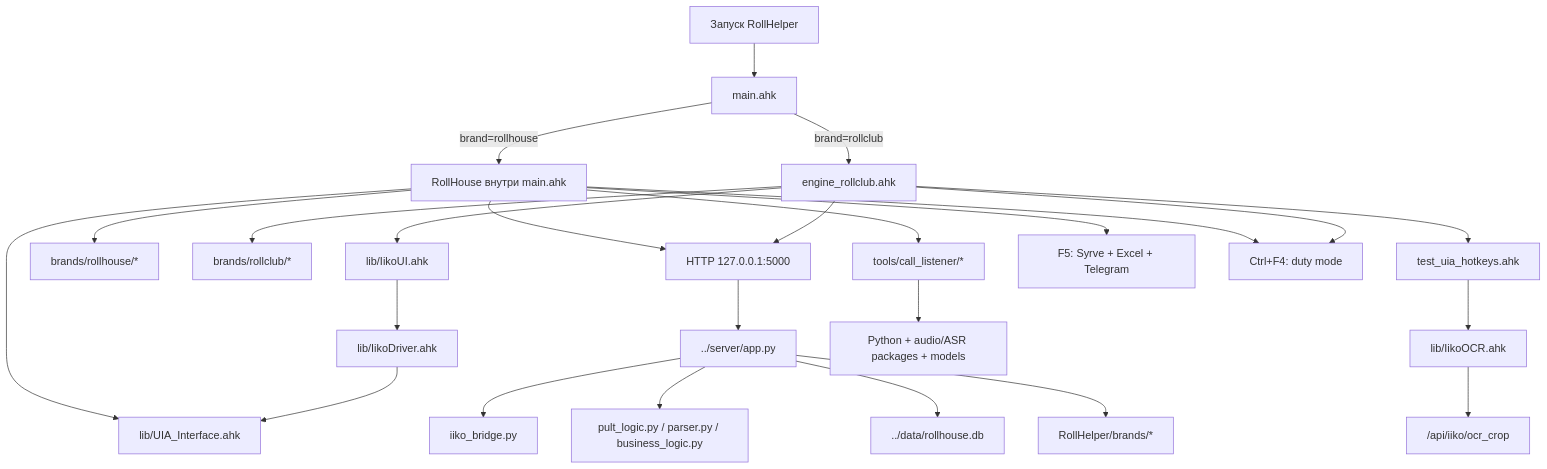
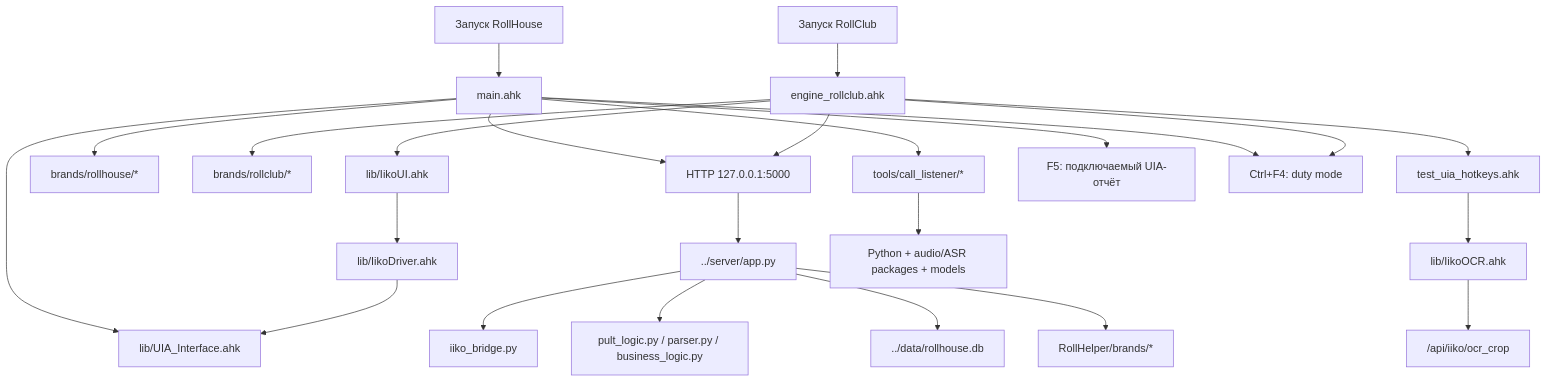
Before and after one commit to voffkazxc/RollHelper: the diagram in docs/ARCHITECTURE_DECOMPOSITION.md, drawn with Mermaid. The commit also changed other lines of this file and 12 other files, not shown here.

Commit message:
Add UIA load report module

````diff
--- a/docs/ARCHITECTURE_DECOMPOSITION.md
+++ b/docs/ARCHITECTURE_DECOMPOSITION.md
@@ -62,32 +62,31 @@
 ```mermaid
 flowchart TD
-    Start["Запуск RollHelper"] --> Main["main.ahk"]
-    Main -->|brand=rollhouse| RH["RollHouse внутри main.ahk"]
-    Main -->|brand=rollclub| RC["engine_rollclub.ahk"]
+    StartRH["Запуск RollHouse"] --> RH["main.ahk"]
+    StartRC["Запуск RollClub"] --> RC["engine_rollclub.ahk"]
 
     RH --> UIABase["lib/UIA_Interface.ahk"]
     RC --> IikoUI["lib/IikoUI.ahk"]
     IikoUI --> Driver["lib/IikoDriver.ahk"]
     Driver --> UIABase
 
     RH --> RHConfig["brands/rollhouse/*"]
     RC --> RCConfig["brands/rollclub/*"]
 
     RH --> Http["HTTP 127.0.0.1:5000"]
     RC --> Http
     Http --> Server["../server/app.py"]
     Server --> Bridge["iiko_bridge.py"]
     Server --> Logic["pult_logic.py / parser.py / business_logic.py"]
     Server --> DB["../data/rollhouse.db"]
     Server --> BrandConfigs["RollHelper/brands/*"]
 
     RC --> Tests["test_uia_hotkeys.ahk"]
     Tests --> OCRAHK["lib/IikoOCR.ahk"]
     OCRAHK --> OCRServer["/api/iiko/ocr_crop"]
 
     RH --> Calls["tools/call_listener/*"]
     Calls --> PyAudio["Python + audio/ASR packages + models"]
-    RH --> Report["F5: Syrve + Excel + Telegram"]
+    RH --> Report["F5: подключаемый UIA-отчёт"]
     RH --> Duty["Ctrl+F4: duty mode"]
     RC --> Duty
 ```
````
